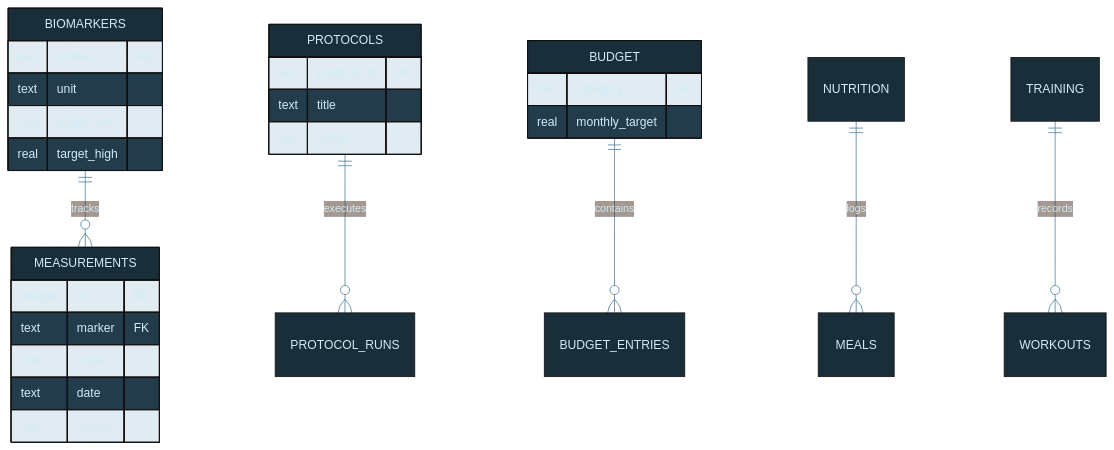
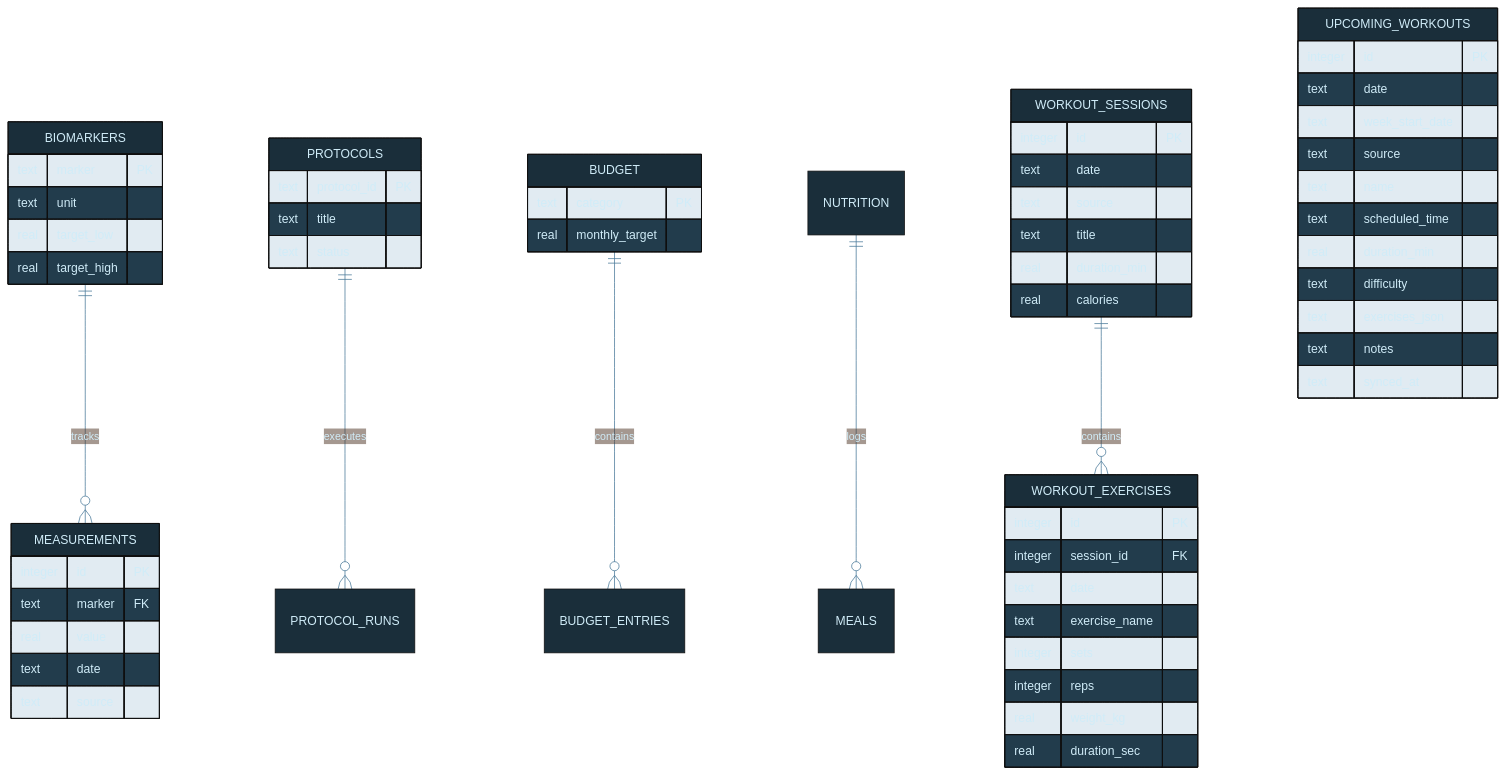
One commit to tylerdrakemusic/-Workspace changed the diagram in diagrams/life-db-schema.mmd. Above: the diagram before and after it, drawn with Mermaid. The commit also changed 18 other files, not shown here.

```diff
--- a/diagrams/life-db-schema.mmd
+++ b/diagrams/life-db-schema.mmd
@@ -1,30 +1,64 @@
 %%{init: {'theme': 'base', 'themeVariables': {'primaryColor': '#1a2e3a', 'primaryTextColor': '#d0ecf8', 'edgeLabelBackground': '#0f1318', 'lineColor': '#4a7a9a'}}}%%
 erDiagram
     BIOMARKERS ||--o{ MEASUREMENTS : tracks
     PROTOCOLS ||--o{ PROTOCOL_RUNS : executes
     BUDGET ||--o{ BUDGET_ENTRIES : contains
     NUTRITION ||--o{ MEALS : logs
-    TRAINING ||--o{ WORKOUTS : records
+    WORKOUT_SESSIONS ||--o{ WORKOUT_EXERCISES : contains
 
     BIOMARKERS {
         text marker PK
         text unit
         real target_low
         real target_high
     }
     MEASUREMENTS {
         integer id PK
         text marker FK
         real value
         text date
         text source
     }
     PROTOCOLS {
         text protocol_id PK
         text title
         text status
     }
     BUDGET {
         text category PK
         real monthly_target
     }
+    WORKOUT_SESSIONS {
+        integer id PK
+        text date
+        text source
+        text title
+        real duration_min
+        real calories
+    }
+    WORKOUT_EXERCISES {
+        integer id PK
+        integer session_id FK
+        text date
+        text exercise_name
+        integer sets
+        integer reps
+        real weight_kg
+        real duration_sec
+    }
+    UPCOMING_WORKOUTS {
+        integer id PK
+        text date
+        text week_start_date
+        text source
+        text name
+        text scheduled_time
+        real duration_min
+        text difficulty
+        text exercises_json
+        text notes
+        text synced_at
+    }
+
+    %% Constraints: UNIQUE(date, source, name)
+    %% Index: (date, week_start_date)
```
